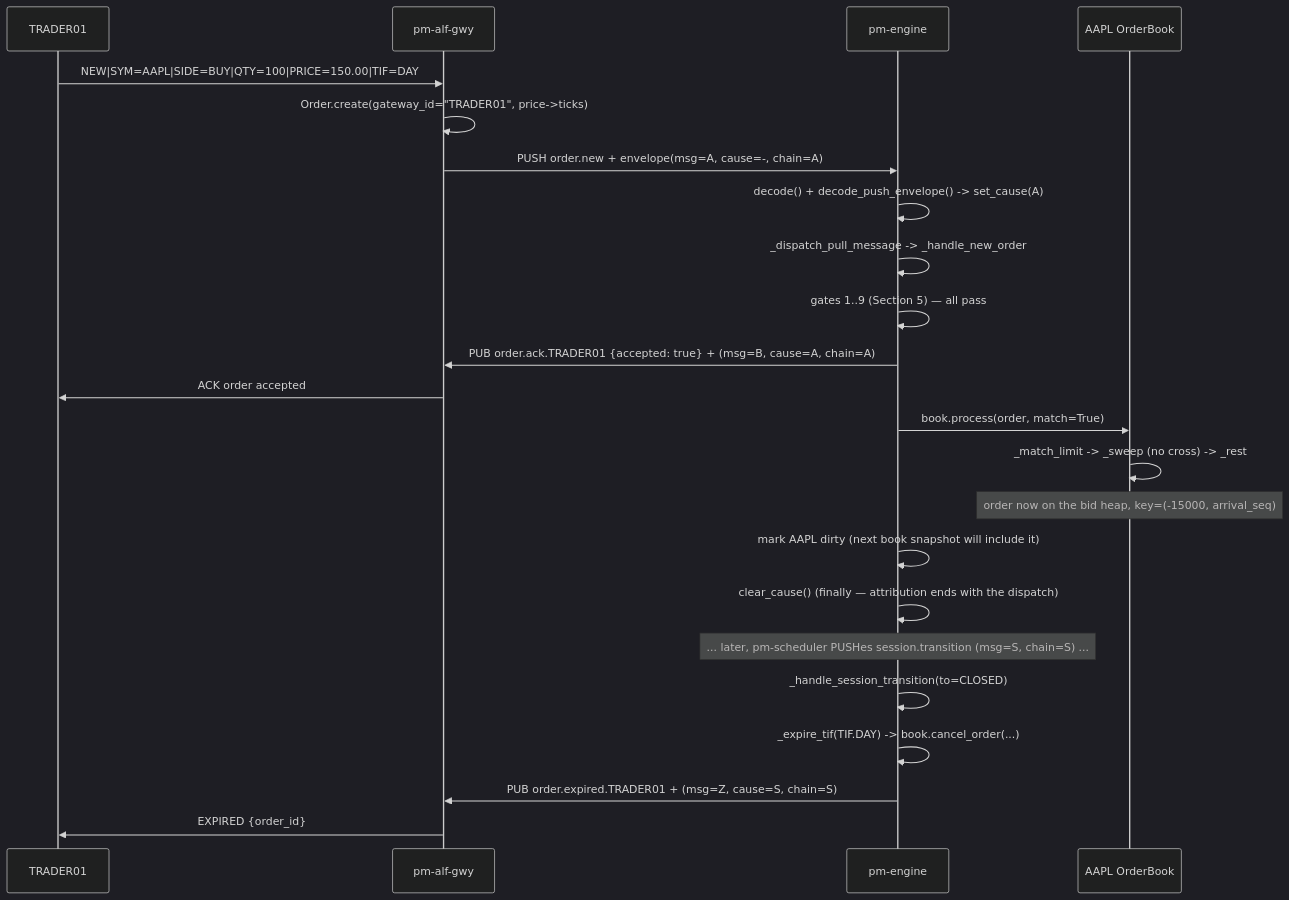
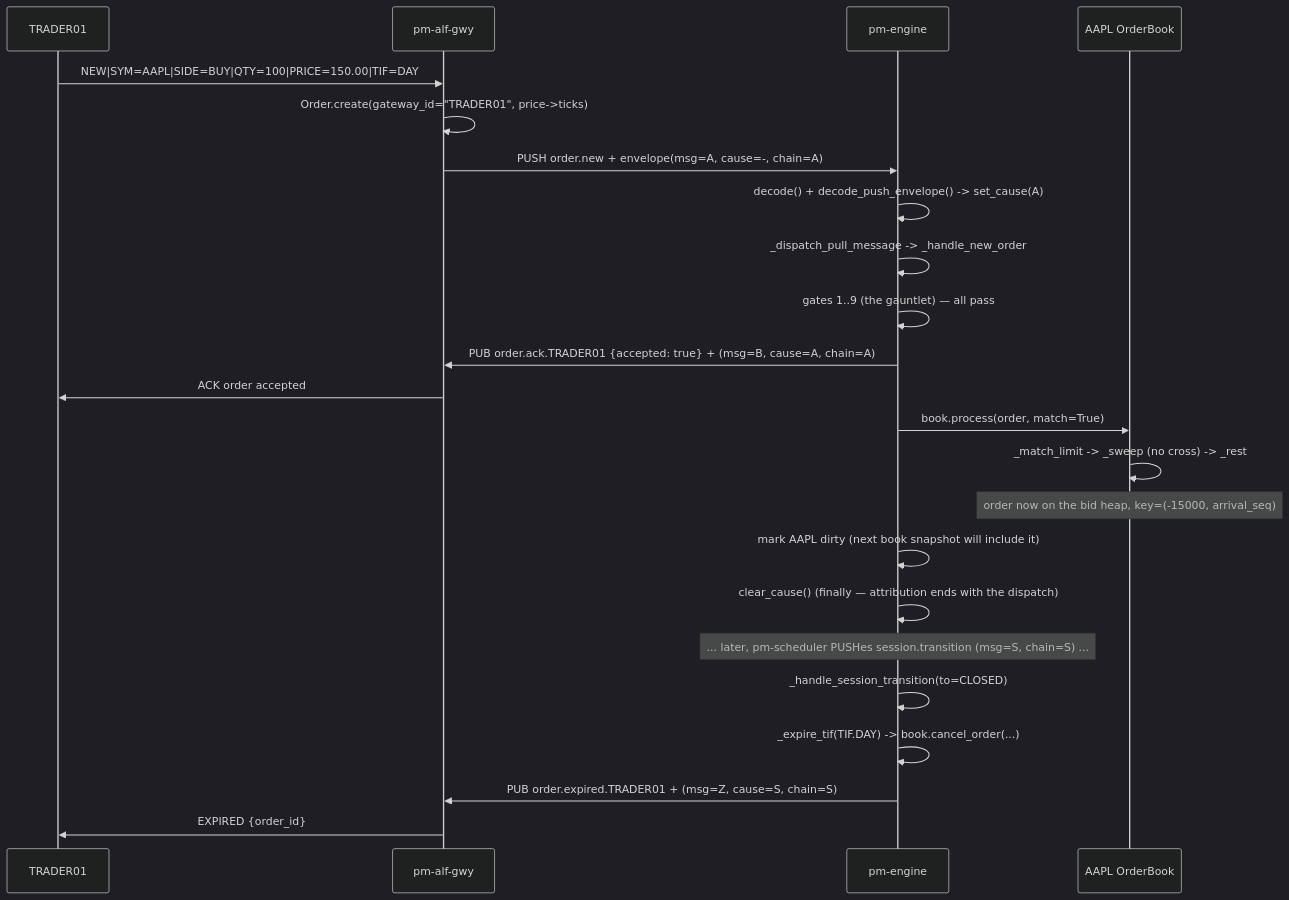
Before and after one commit to johan162/EduMatcher: the seventh of 7 diagrams in docs/books/architecture-and-development/part-2-inside-the-engine/020-order-flow-end-to-end.md, drawn with Mermaid (dark theme). The commit also changed other lines of this file and 12 other files, not shown here.

````diff
--- a/docs/books/architecture-and-development/part-2-inside-the-engine/020-order-flow-end-to-end.md
+++ b/docs/books/architecture-and-development/part-2-inside-the-engine/020-order-flow-end-to-end.md
@@ -857,28 +858,28 @@
 ```mermaid
 sequenceDiagram
     participant T as TRADER01
     participant GW as pm-alf-gwy
     participant E as pm-engine
     participant B as AAPL OrderBook
 
     T->>GW: NEW|SYM=AAPL|SIDE=BUY|QTY=100|PRICE=150.00|TIF=DAY
     GW->>GW: Order.create(gateway_id="TRADER01", price->ticks)
     GW->>E: PUSH  order.new  + envelope(msg=A, cause=-, chain=A)
     E->>E: decode() + decode_push_envelope() -> set_cause(A)
     E->>E: _dispatch_pull_message -> _handle_new_order
-    E->>E: gates 1..9 (Section 5) — all pass
+    E->>E: gates 1..9 (the gauntlet) — all pass
     E->>GW: PUB  order.ack.TRADER01  {accepted: true}  + (msg=B, cause=A, chain=A)
     GW->>T: ACK  order accepted
     E->>B: book.process(order, match=True)
     B->>B: _match_limit -> _sweep (no cross) -> _rest
     Note over B: order now on the bid heap, key=(-15000, arrival_seq)
     E->>E: mark AAPL dirty (next book snapshot will include it)
 
     E->>E: clear_cause()  (finally — attribution ends with the dispatch)
 
     Note over E: ... later, pm-scheduler PUSHes session.transition (msg=S, chain=S) ...
     E->>E: _handle_session_transition(to=CLOSED)
     E->>E: _expire_tif(TIF.DAY) -> book.cancel_order(...)
     E->>GW: PUB  order.expired.TRADER01  + (msg=Z, cause=S, chain=S)
     GW->>T: EXPIRED  {order_id}
 ```
````
